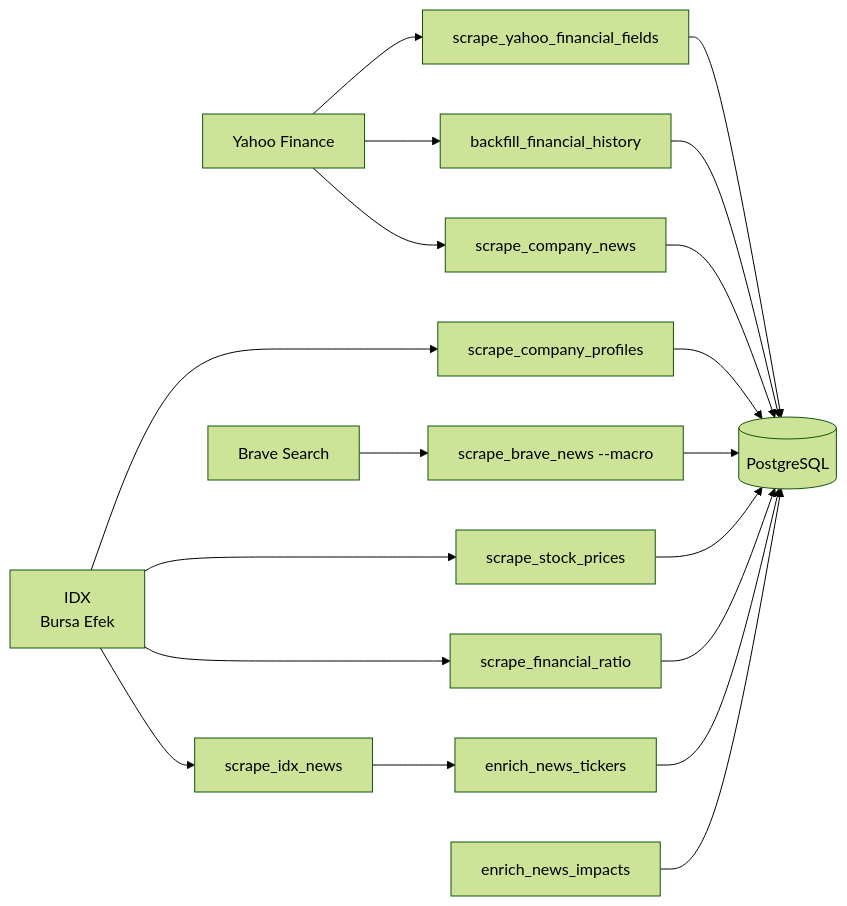
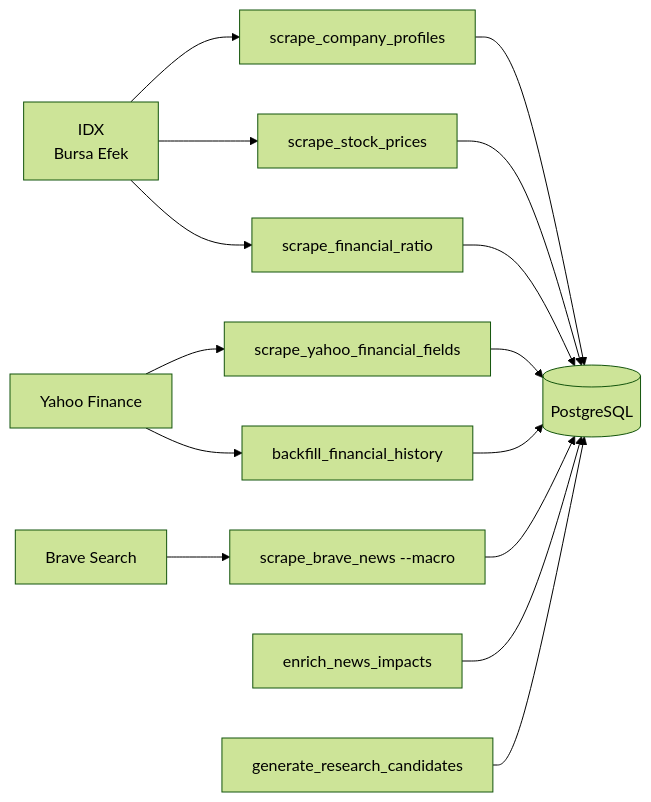
One commit to andibachtiar/idx-analyze changed the second of 6 diagrams in docs/data-flow.md. Above: the diagram before and after it, drawn with Mermaid (forest theme). The commit also changed other lines of this file and 57 other files, not shown here.

````diff
--- a/docs/data-flow.md
+++ b/docs/data-flow.md
@@ -73,23 +73,19 @@
 ```mermaid
 flowchart LR
     IDX[IDX<br/>Bursa Efek] --> pipe1[scrape_company_profiles]
     IDX --> pipe2[scrape_stock_prices]
     IDX --> pipe3[scrape_financial_ratio]
     YF[Yahoo Finance] --> pipe4[scrape_yahoo_financial_fields]
     YF --> pipe5[backfill_financial_history]
-    IDX --> pipe6[scrape_idx_news]
-    pipe7[enrich_news_tickers]
-    YF --> pipe8[scrape_company_news]
-    Brave[Brave Search] --> pipe9[scrape_brave_news --macro]
-    pipe10[enrich_news_impacts]
+    Brave[Brave Search] --> pipe6[scrape_brave_news --macro]
+    pipe7[enrich_news_impacts]
+    pipe8[generate_research_candidates]
     pipe1 --> DB[(PostgreSQL)]
     pipe2 --> DB
     pipe3 --> DB
     pipe4 --> DB
     pipe5 --> DB
-    pipe6 --> pipe7
+    pipe6 --> DB
     pipe7 --> DB
     pipe8 --> DB
-    pipe9 --> DB
-    pipe10 --> DB
 ```
````
